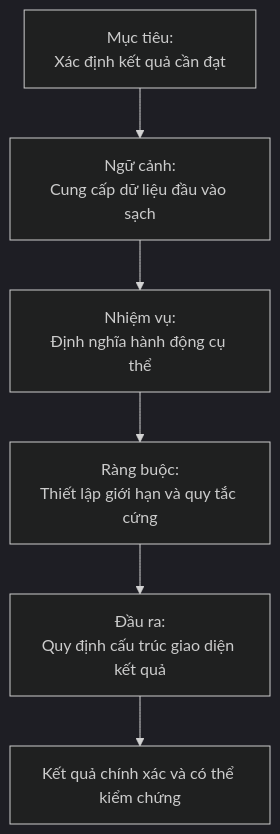
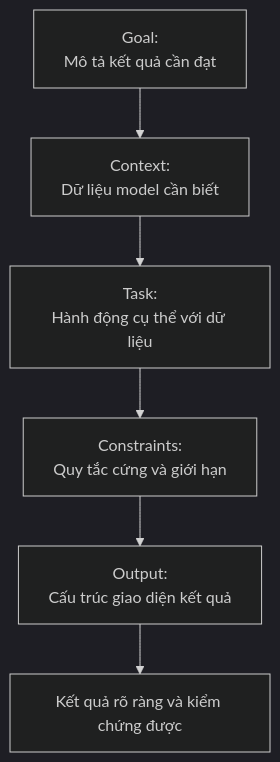
The first of 2 diagrams in content/posts/chuan-muc-viet-prompt-tu-yeu-cau-mo-ho-den-ban-dac-ta.md (nguyengoctin/my_website), drawn with Mermaid (dark theme) before and after one commit. The commit also changed other lines of this file and 4 other files, not shown here.

Commit message:
docs: add documentation for blog writing and Mermaid diagrams while updating project guidelines and post content

````diff
--- a/content/posts/chuan-muc-viet-prompt-tu-yeu-cau-mo-ho-den-ban-dac-ta.md
+++ b/content/posts/chuan-muc-viet-prompt-tu-yeu-cau-mo-ho-den-ban-dac-ta.md
@@ -53,8 +53,8 @@
 ```mermaid
 flowchart TD
-GoalNode["Mục tiêu:<br/>Xác định kết quả cần đạt"] --> ContextNode["Ngữ cảnh:<br/>Cung cấp dữ liệu đầu vào sạch"]
-ContextNode --> TaskNode["Nhiệm vụ:<br/>Định nghĩa hành động cụ thể"]
-TaskNode --> ConstraintNode["Ràng buộc:<br/>Thiết lập giới hạn và quy tắc cứng"]
-ConstraintNode --> OutputNode["Đầu ra:<br/>Quy định cấu trúc giao diện kết quả"]
-OutputNode --> ResultNode["Kết quả chính xác và có thể kiểm chứng"]
+GoalNode["Goal:<br/>Mô tả kết quả cần đạt"] --> ContextNode["Context:<br/>Dữ liệu model cần biết"]
+ContextNode --> TaskNode["Task:<br/>Hành động cụ thể với dữ liệu"]
+TaskNode --> ConstraintNode["Constraints:<br/>Quy tắc cứng và giới hạn"]
+ConstraintNode --> OutputNode["Output:<br/>Cấu trúc giao diện kết quả"]
+OutputNode --> ResultNode["Kết quả rõ ràng và kiểm chứng được"]
 ```
````
